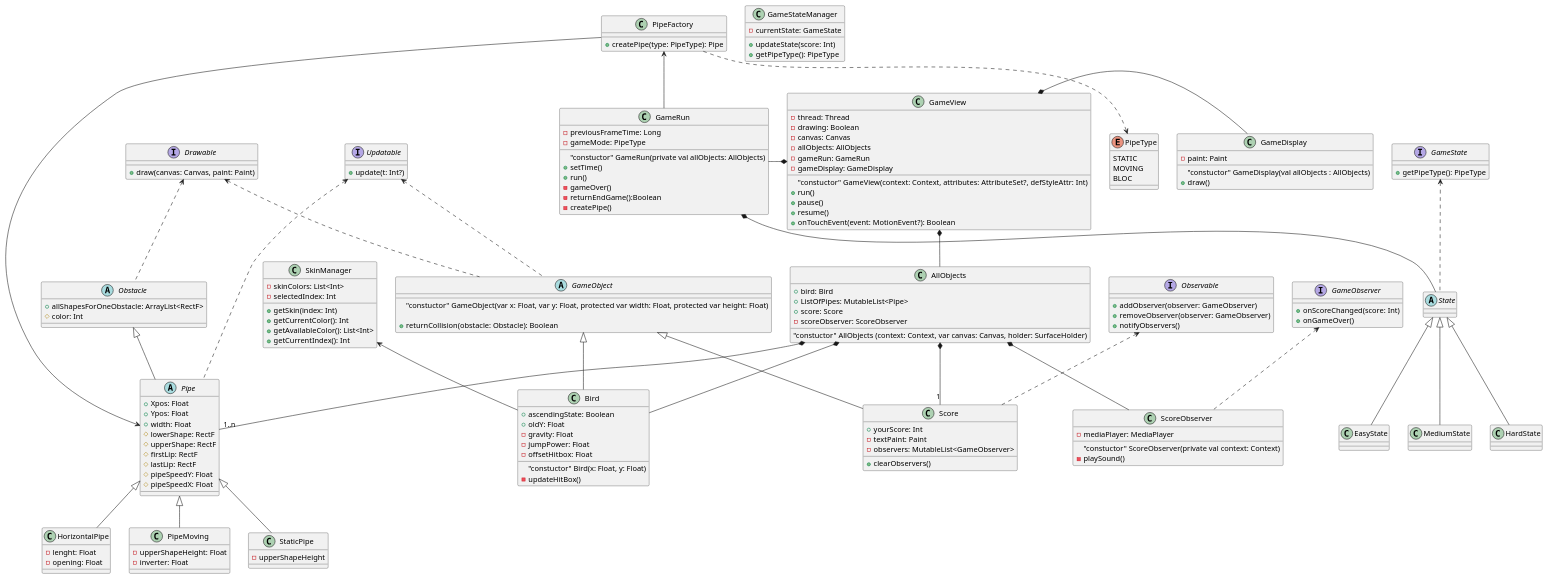
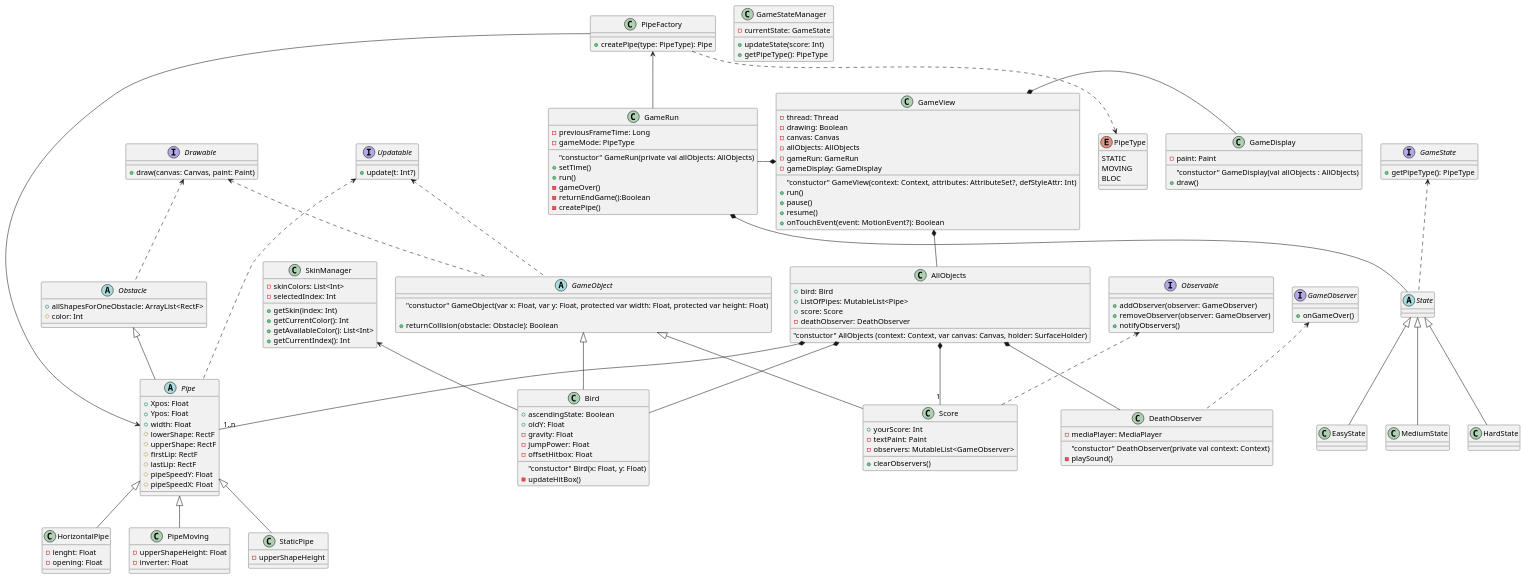
One commit to Macka23/flappybird changed the diagram in app/src/main/java/com/example/flappybird/UML/ClassUML.puml. Above: the diagram before and after it, drawn with PlantUML.

```diff
--- a/app/src/main/java/com/example/flappybird/UML/ClassUML.puml
+++ b/app/src/main/java/com/example/flappybird/UML/ClassUML.puml
@@ -21,7 +21,7 @@
     + bird: Bird
     + ListOfPipes: MutableList<Pipe>
     + score: Score
-    - scoreObserver: ScoreObserver
+    - deathObserver: DeathObserver
 }
 
 class GameRun {
@@ -68,8 +68,8 @@
     + clearObservers()
 }
 
-class ScoreObserver {
-    "constuctor" ScoreObserver(private val context: Context)
+class DeathObserver {
+    "constuctor" DeathObserver(private val context: Context)
     - mediaPlayer: MediaPlayer
 
     - playSound()
@@ -160,7 +160,6 @@
 }
 
 interface GameObserver {
-    + onScoreChanged(score: Int)
     + onGameOver()
 }
 
@@ -192,10 +191,10 @@
 AllObjects *-- Bird
 AllObjects *-- "1" Score
 AllObjects *-- "1..n" Pipe
-AllObjects *-- ScoreObserver
+AllObjects *-- DeathObserver
 
 Observable <.. Score
-GameObserver <.. ScoreObserver
+GameObserver <.. DeathObserver
 
 SkinManager <-- Bird
 
```
